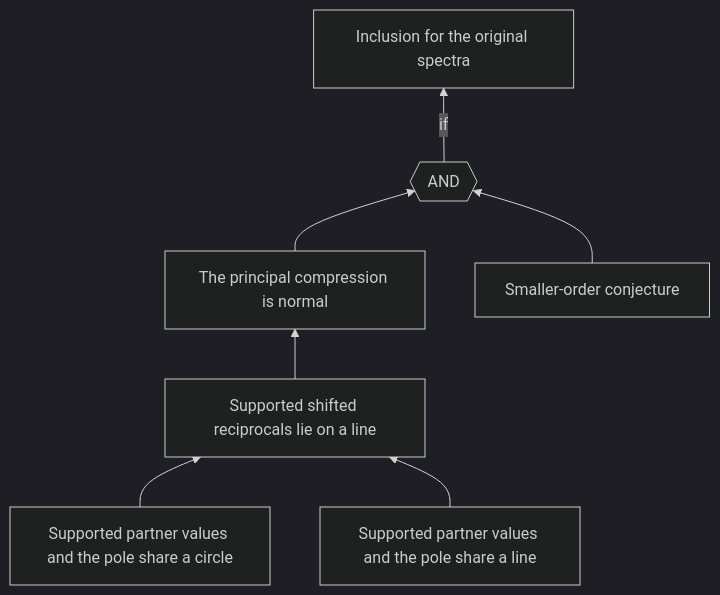
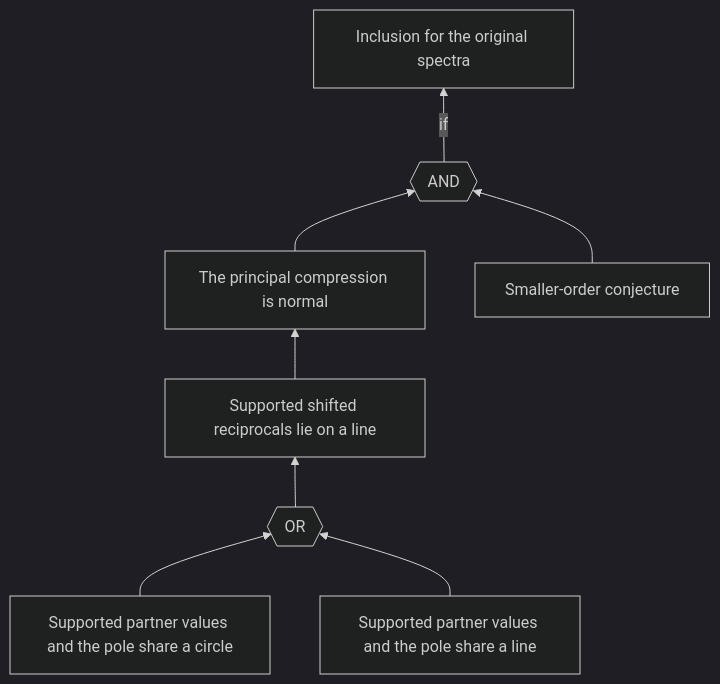
Before and after one commit to ascendnoosphere/MOC: the second of 2 diagrams in Docs/spectral-support-proof-map.md, drawn with Mermaid (dark theme). The commit also changed other lines of this file and 148 other files, not shown here.

````diff
--- a/Docs/spectral-support-proof-map.md
+++ b/Docs/spectral-support-proof-map.md
@@ -93,16 +122,18 @@
 ```mermaid
 flowchart BT
     Circle["Supported partner values and the pole share a circle"]
     Line["Supported partner values and the pole share a line"]
+    Either{{"OR"}}
     Affine["Supported shifted reciprocals lie on a line"]
     Compression["The principal compression is normal"]
     Smaller["Smaller-order conjecture"]
     Both{{"AND"}}
     Hull["Inclusion for the original spectra"]
-    Circle --> Affine
-    Line --> Affine
+    Circle --> Either
+    Line --> Either
+    Either --> Affine
     Affine --> Compression
     Compression --> Both
     Smaller --> Both
     Both -->|if| Hull
 ```
````
